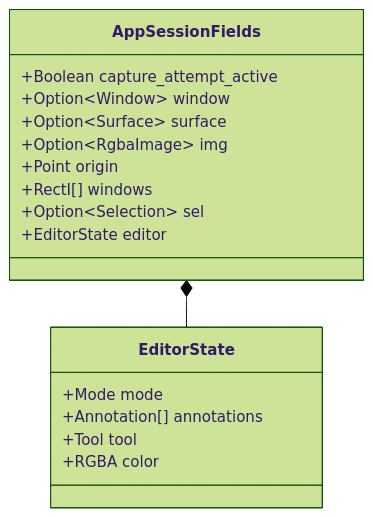
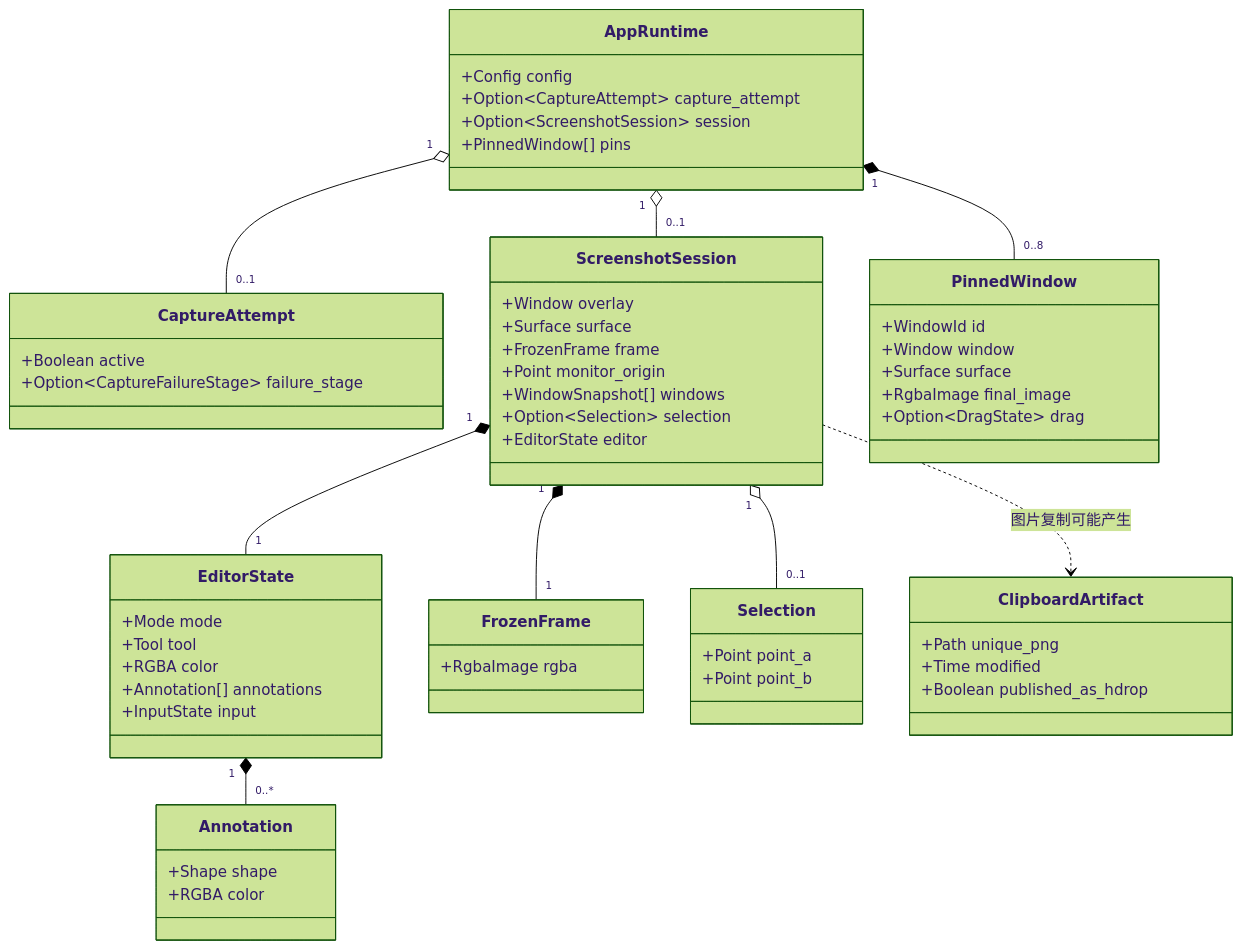
Before and after one commit to idkwhatimdoing62/rshot: the second of 10 diagrams in DESIGN.md, drawn with Mermaid (forest theme). The commit also changed other lines of this file and 10 other files, not shown here.

````diff
--- a/DESIGN.md
+++ b/DESIGN.md
@@ -117,22 +195,61 @@
 ```mermaid
 classDiagram
-    class AppSessionFields {
-        +Boolean capture_attempt_active
-        +Option~Window~ window
-        +Option~Surface~ surface
-        +Option~RgbaImage~ img
-        +Point origin
-        +RectI[] windows
-        +Option~Selection~ sel
+    class AppRuntime {
+        +Config config
+        +Option~CaptureAttempt~ capture_attempt
+        +Option~ScreenshotSession~ session
+        +PinnedWindow[] pins
+    }
+    class CaptureAttempt {
+        +Boolean active
+        +Option~CaptureFailureStage~ failure_stage
+    }
+    class ScreenshotSession {
+        +Window overlay
+        +Surface surface
+        +FrozenFrame frame
+        +Point monitor_origin
+        +WindowSnapshot[] windows
+        +Option~Selection~ selection
         +EditorState editor
     }
-
     class EditorState {
         +Mode mode
-        +Annotation[] annotations
         +Tool tool
         +RGBA color
+        +Annotation[] annotations
+        +InputState input
+    }
+    class FrozenFrame {
+        +RgbaImage rgba
+    }
+    class Selection {
+        +Point point_a
+        +Point point_b
+    }
+    class Annotation {
+        +Shape shape
+        +RGBA color
+    }
+    class PinnedWindow {
+        +WindowId id
+        +Window window
+        +Surface surface
+        +RgbaImage final_image
+        +Option~DragState~ drag
+    }
+    class ClipboardArtifact {
+        +Path unique_png
+        +Time modified
+        +Boolean published_as_hdrop
     }
 
-    AppSessionFields *-- EditorState
+    AppRuntime "1" o-- "0..1" CaptureAttempt
+    AppRuntime "1" o-- "0..1" ScreenshotSession
+    AppRuntime "1" *-- "0..8" PinnedWindow
+    ScreenshotSession "1" *-- "1" FrozenFrame
+    ScreenshotSession "1" o-- "0..1" Selection
+    ScreenshotSession "1" *-- "1" EditorState
+    EditorState "1" *-- "0..*" Annotation
+    ScreenshotSession ..> ClipboardArtifact : 图片复制可能产生
 ```
````
